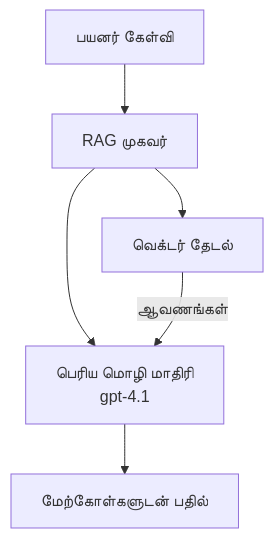
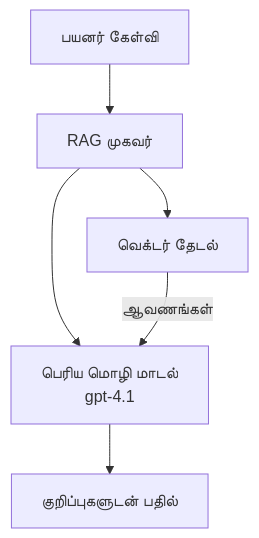
The second of 3 diagrams in translations/ta/docs/chapter-02-ai-development/agents.md (microsoft/AZD-for-beginners), drawn with Mermaid before and after one commit. The commit also changed other lines of this file and 101 other files, not shown here.

````diff
--- a/translations/ta/docs/chapter-02-ai-development/agents.md
+++ b/translations/ta/docs/chapter-02-ai-development/agents.md
@@ -170,8 +175,8 @@
 ```mermaid
 graph TD
     Query[பயனர் கேள்வி] --> RAG[RAG முகவர்]
     RAG --> Vector[வெக்டர் தேடல்]
-    RAG --> LLM[பெரிய மொழி மாதிரி<br/>gpt-4.1]
+    RAG --> LLM[பெரிய மொழி மாடல்<br/>gpt-4.1]
     Vector -- ஆவணங்கள் --> LLM
-    LLM --> Response[மேற்கோள்களுடன் பதில்]
+    LLM --> Response[குறிப்புகளுடன் பதில்]
 ```
````
